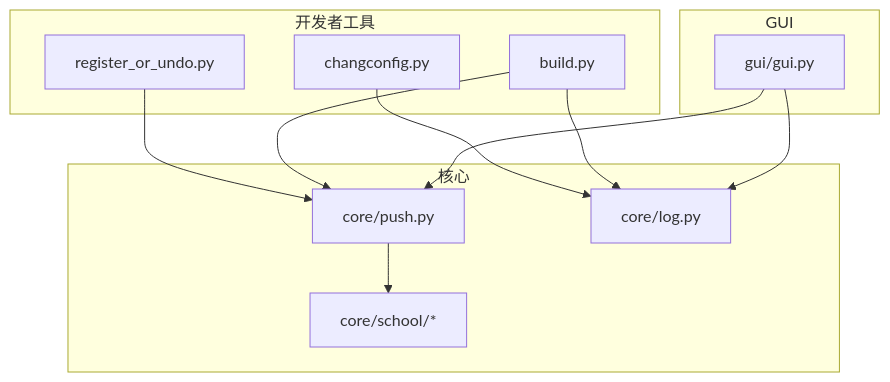
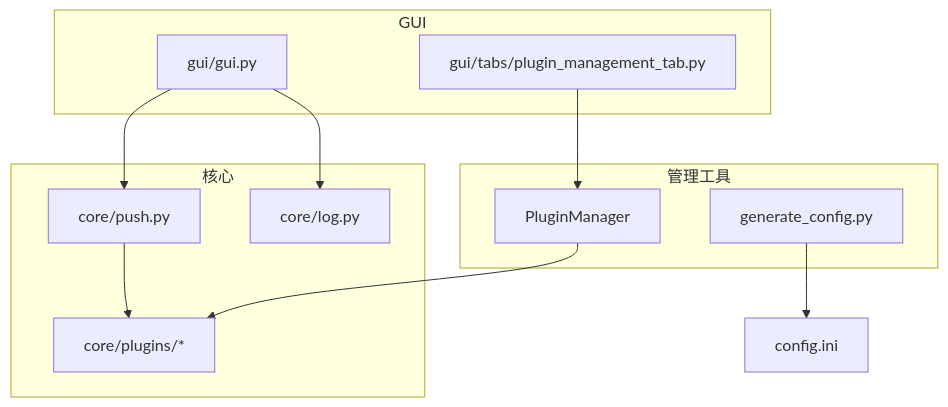
Before and after one commit to pjnt9372/Capture_Push: the second of 2 diagrams in .wiki/zh/content/开发者工具/开发者工具.md, drawn with Mermaid. The commit also changed other lines of this file and 37 other files, not shown here.

````diff
--- a/.wiki/zh/content/开发者工具/开发者工具.md
+++ b/.wiki/zh/content/开发者工具/开发者工具.md
@@ -115,23 +80,23 @@
 ```mermaid
 graph TB
-subgraph "开发者工具"
-REG["register_or_undo.py"]
-CHG["changconfig.py"]
-BLD["build.py"]
+subgraph "管理工具"
+PM["PluginManager"]
+GEN_CFG["generate_config.py"]
 end
 subgraph "核心"
 PUSH["core/push.py"]
 LOG["core/log.py"]
-SCH["core/school/*"]
+PLUGINS["core/plugins/*"]
 end
 subgraph "GUI"
 GUI_APP["gui/gui.py"]
+PLUGIN_TAB["gui/tabs/plugin_management_tab.py"]
 end
-REG --> PUSH
-CHG --> LOG
-BLD --> PUSH
-BLD --> LOG
+
+GEN_CFG --> CFG["config.ini"]
+PLUGIN_TAB --> PM
+PM --> PLUGINS
 GUI_APP --> PUSH
 GUI_APP --> LOG
-PUSH --> SCH
+PUSH --> PLUGINS
 ```
````
